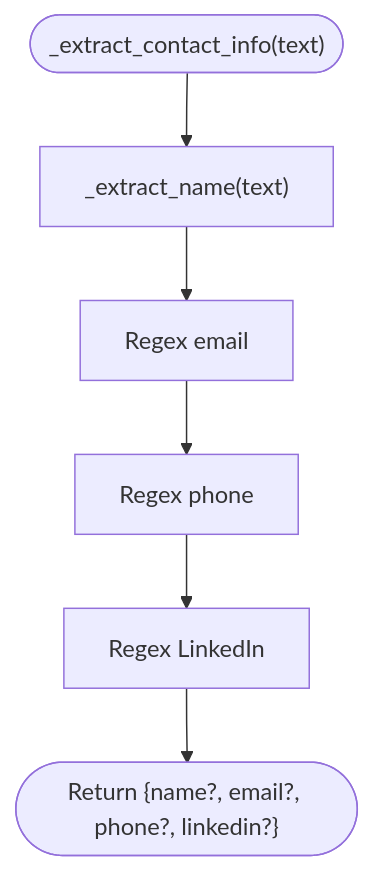
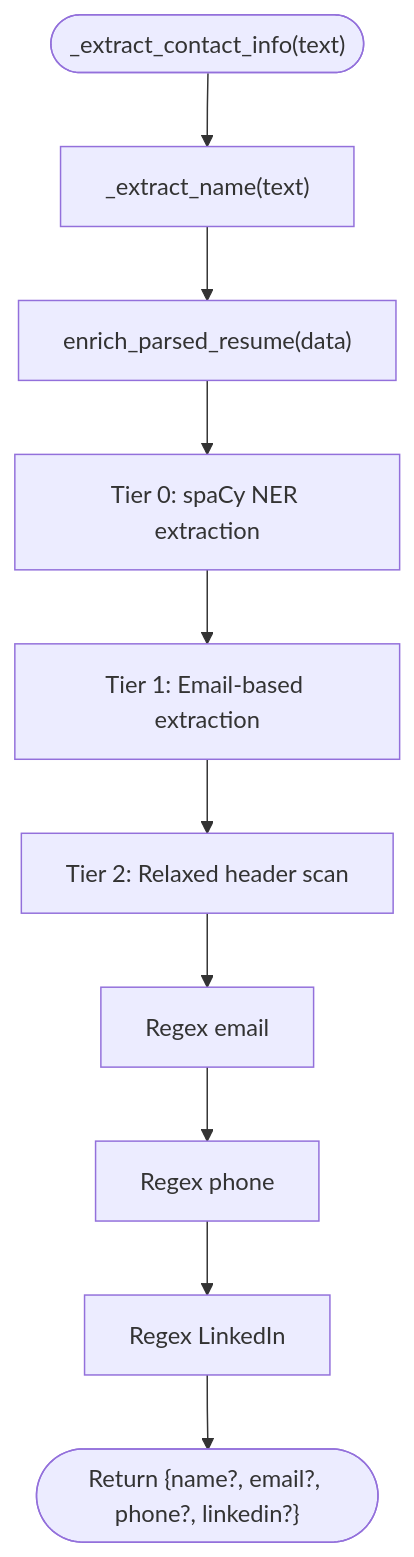
One commit to Revanththetalogics/aireume changed the fifth of 11 diagrams in .qoder/repowiki/en/content/Analysis Engine/Parser Service.md. Above: the diagram before and after it, drawn with Mermaid. The commit also changed other lines of this file and 33 other files, not shown here.

First line of the commit message:
fix: JD templates, LLM queue, comparison page, name extraction, narrative timeout

````diff
--- a/.qoder/repowiki/en/content/Analysis Engine/Parser Service.md
+++ b/.qoder/repowiki/en/content/Analysis Engine/Parser Service.md
@@ -204,8 +244,12 @@
 ```mermaid
 flowchart TD
 StartCI(["_extract_contact_info(text)"]) --> Name["_extract_name(text)"]
-Name --> Email["Regex email"]
+Name --> Enrich["enrich_parsed_resume(data)"]
+Enrich --> NERTier["Tier 0: spaCy NER extraction"]
+NERTier --> EmailTier["Tier 1: Email-based extraction"]
+EmailTier --> RelaxedTier["Tier 2: Relaxed header scan"]
+RelaxedTier --> Email["Regex email"]
 Email --> Phone["Regex phone"]
 Phone --> LinkedIn["Regex LinkedIn"]
 LinkedIn --> Out(["Return {name?, email?, phone?, linkedin?}"])
 ```
````
